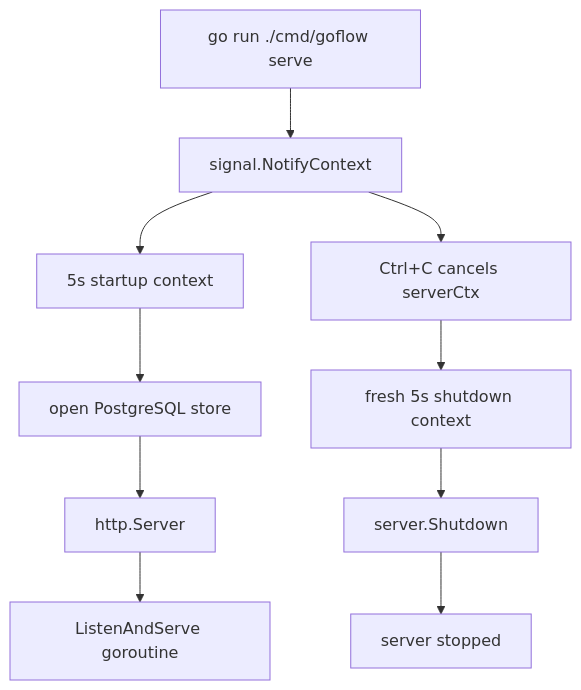
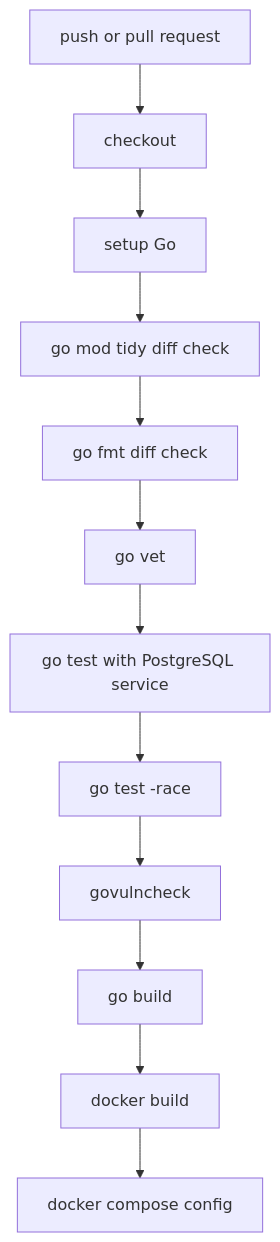
Before and after one commit to Kaushik-2005/GoFlow: diagram 20 of 20 in docs/design.md, drawn with Mermaid. The commit also changed other lines of this file, not shown here.

````diff
--- a/docs/design.md
+++ b/docs/design.md
@@ -475,12 +507,14 @@
 ```mermaid
 flowchart TD
-    Start[go run ./cmd/goflow serve] --> SignalCtx[signal.NotifyContext]
-    SignalCtx --> StartupCtx[5s startup context]
-    StartupCtx --> DB[open PostgreSQL store]
-    DB --> Server[http.Server]
-    Server --> Listen[ListenAndServe goroutine]
-    SignalCtx --> Interrupt[Ctrl+C cancels serverCtx]
-    Interrupt --> ShutdownCtx[fresh 5s shutdown context]
-    ShutdownCtx --> Shutdown[server.Shutdown]
-    Shutdown --> Stop[server stopped]
+    Change[push or pull request] --> Checkout[checkout]
+    Checkout --> SetupGo[setup Go]
+    SetupGo --> Tidy[go mod tidy diff check]
+    Tidy --> Format[go fmt diff check]
+    Format --> Vet[go vet]
+    Vet --> Test[go test with PostgreSQL service]
+    Test --> Race[go test -race]
+    Race --> Vuln[govulncheck]
+    Vuln --> Build[go build]
+    Build --> Docker[docker build]
+    Docker --> Compose[docker compose config]
 ```
````
